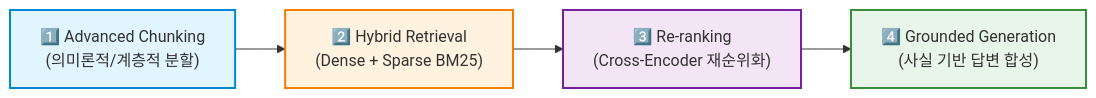
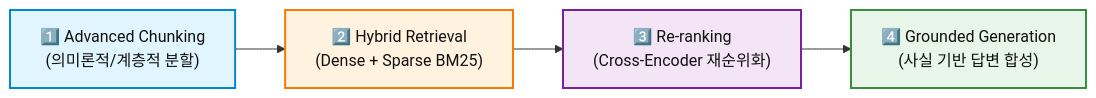
Before and after one commit to eooiea/AI-Engineering: the first of 3 diagrams in materials/07_rag_vector_db.md, drawn with Mermaid. The commit also changed other lines of this file and 5 other files, not shown here.

First line of the commit message:
style: 다크모드 대응을 위한 Mermaid 다이어그램 텍스트 색상 수정

````diff
--- a/materials/07_rag_vector_db.md
+++ b/materials/07_rag_vector_db.md
@@ -9,11 +9,11 @@
 ```mermaid
 flowchart LR
     A["1️⃣ Advanced Chunking<br/>(의미론적/계층적 분할)"] --> B["2️⃣ Hybrid Retrieval<br/>(Dense + Sparse BM25)"]
     B --> C["3️⃣ Re-ranking<br/>(Cross-Encoder 재순위화)"]
     C --> D["4️⃣ Grounded Generation<br/>(사실 기반 답변 합성)"]
 
-    style A fill:#e1f5fe,stroke:#0288d1,stroke-width:2px
-    style B fill:#fff3e0,stroke:#f57c00,stroke-width:2px
-    style C fill:#f3e5f5,stroke:#7b1fa2,stroke-width:2px
-    style D fill:#e8f5e9,stroke:#388e3c,stroke-width:2px
+    style A fill:#e1f5fe,stroke:#0288d1,stroke-width:2px,color:#111111
+    style B fill:#fff3e0,stroke:#f57c00,stroke-width:2px,color:#111111
+    style C fill:#f3e5f5,stroke:#7b1fa2,stroke-width:2px,color:#111111
+    style D fill:#e8f5e9,stroke:#388e3c,stroke-width:2px,color:#111111
 ```
````
